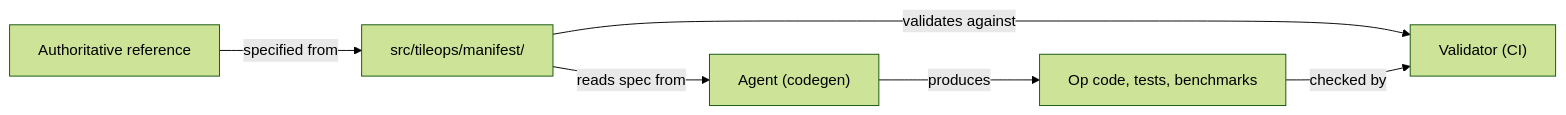
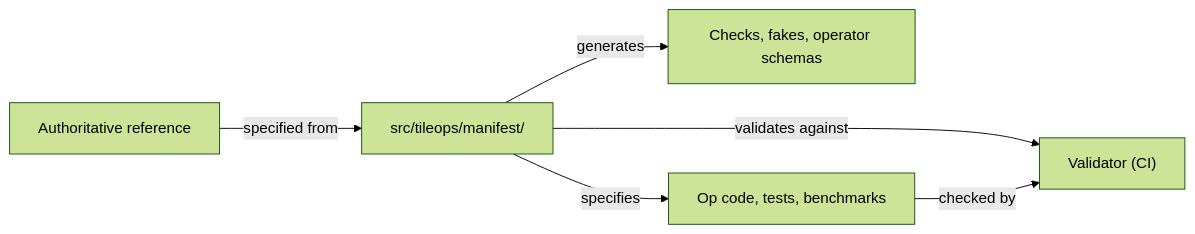
One commit to tile-ai/TileOPs changed the diagram in docs/design/manifest.md. Above: the diagram before and after it, drawn with Mermaid (forest theme). The commit also changed other lines of this file and 119 other files, not shown here.

````diff
--- a/docs/design/manifest.md
+++ b/docs/design/manifest.md
@@ -14,8 +16,8 @@
 ```mermaid
 flowchart LR
     R["Authoritative reference"] -->|specified from| M["src/tileops/manifest/"]
-    M -->|reads spec from| A["Agent (codegen)"]
-    A -->|produces| C["Op code, tests, benchmarks"]
+    M -->|generates| G["Checks, fakes, operator schemas"]
+    M -->|specifies| C["Op code, tests, benchmarks"]
     M -->|validates against| V["Validator (CI)"]
     C -->|checked by| V
 ```
````
